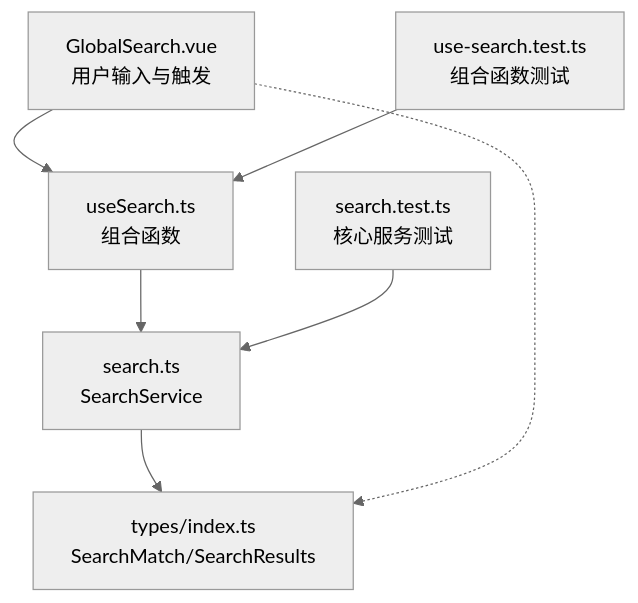
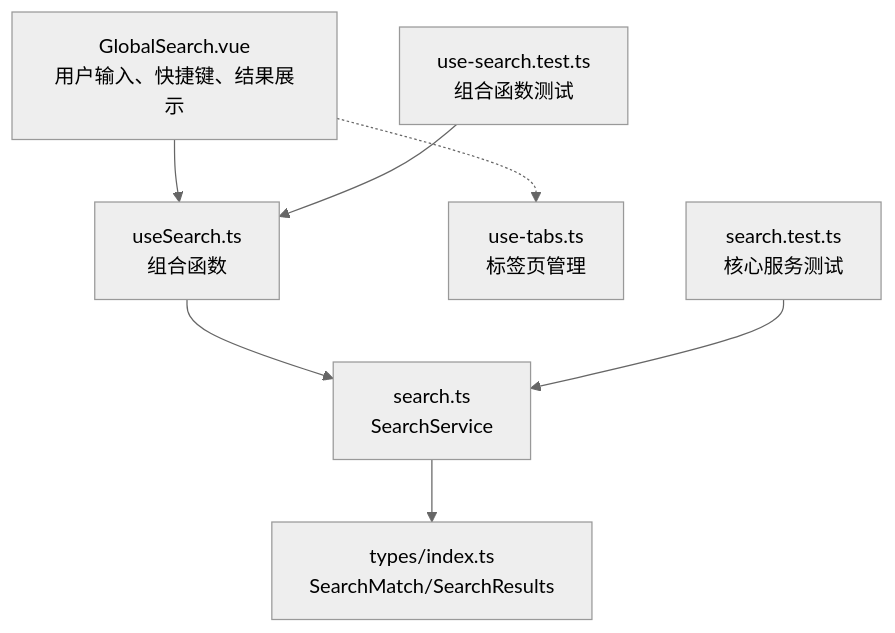
Before and after one commit to taoweidong/Hello-Tauri: the first of 4 diagrams in .qoder/repowiki/zh/content/架构设计/数据流模式/组合式函数数据逻辑/全局搜索组合函数.md, drawn with Mermaid (neutral theme). The commit also changed other lines of this file and 67 other files, not shown here.

````diff
--- a/.qoder/repowiki/zh/content/架构设计/数据流模式/组合式函数数据逻辑/全局搜索组合函数.md
+++ b/.qoder/repowiki/zh/content/架构设计/数据流模式/组合式函数数据逻辑/全局搜索组合函数.md
@@ -52,9 +55,9 @@
 ```mermaid
 graph TB
-UI["GlobalSearch.vue<br/>用户输入与触发"] --> CS["useSearch.ts<br/>组合函数"]
+UI["GlobalSearch.vue<br/>用户输入、快捷键、结果展示"] --> CS["useSearch.ts<br/>组合函数"]
 CS --> SS["search.ts<br/>SearchService"]
 SS --> Types["types/index.ts<br/>SearchMatch/SearchResults"]
-UI -.-> Types
+UI -.-> Tabs["use-tabs.ts<br/>标签页管理"]
 Tests["use-search.test.ts<br/>组合函数测试"] --> CS
 CoreTests["search.test.ts<br/>核心服务测试"] --> SS
 ```
````
